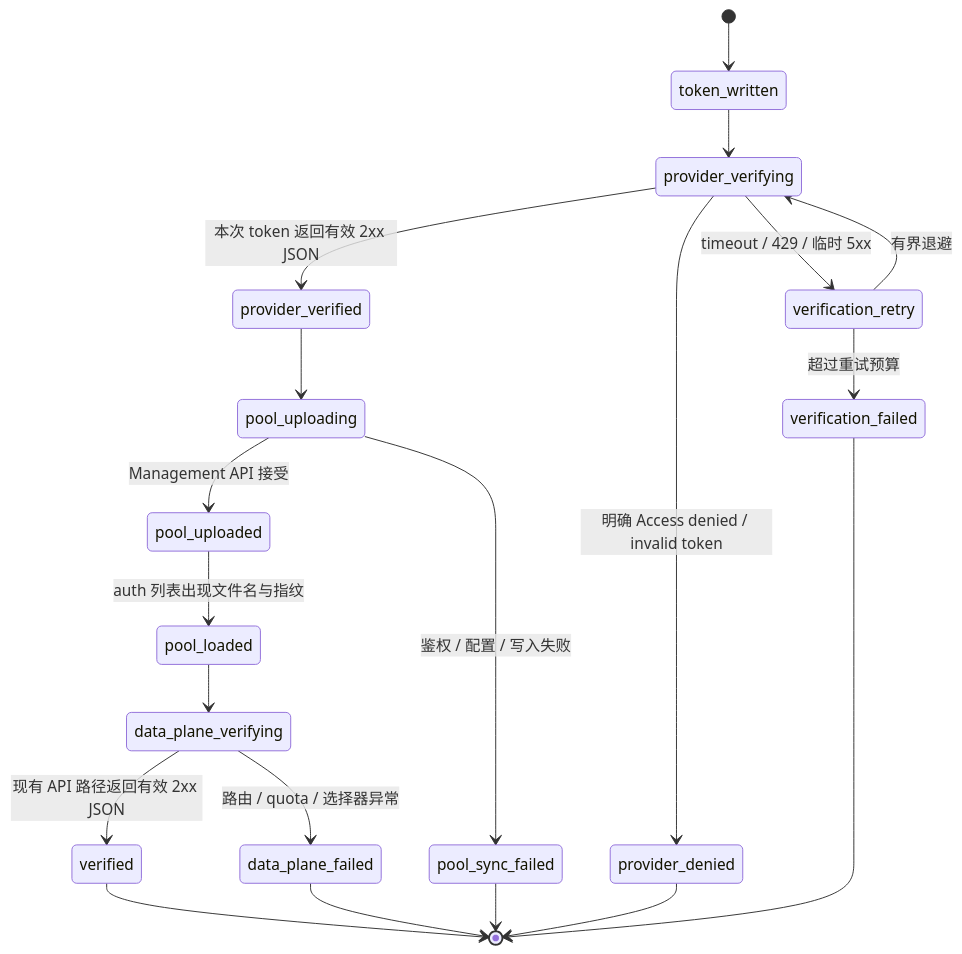
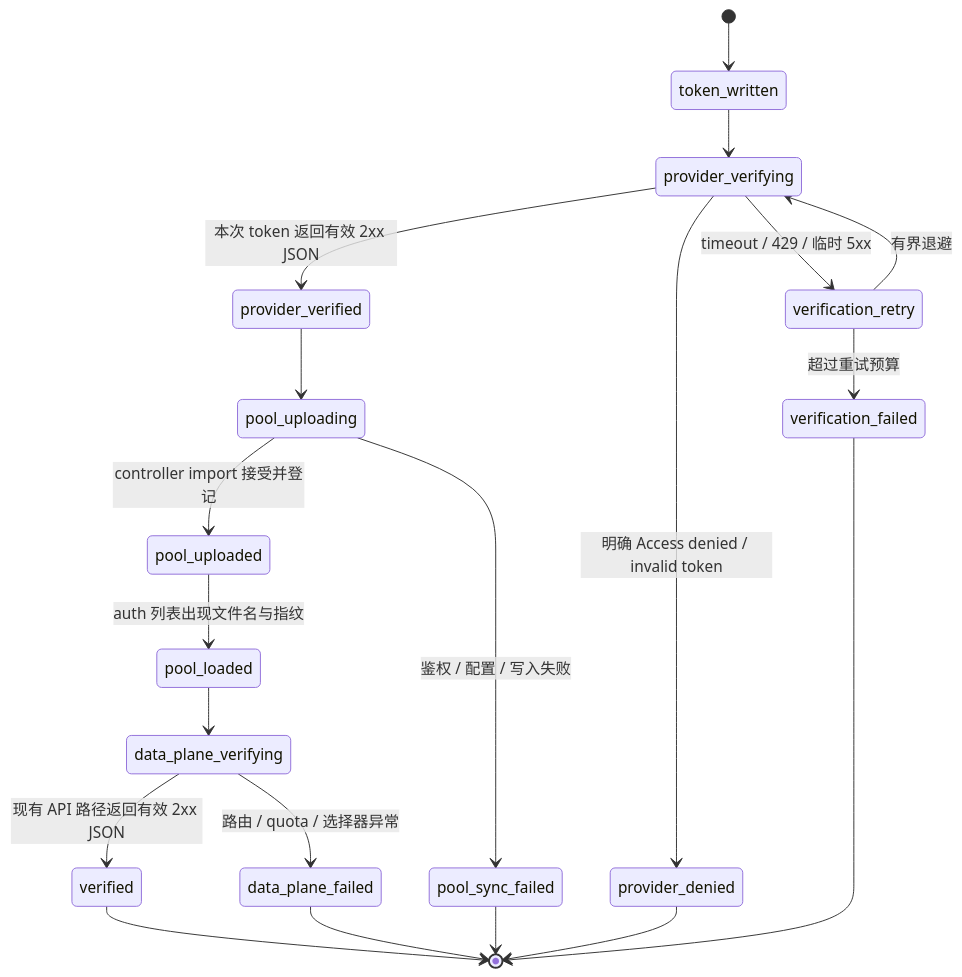
One commit to canxua/grok-register-panel changed the fifth of 5 diagrams in docs/CONVERGENCE_AND_GAPS.md. Above: the diagram before and after it, drawn with Mermaid. The commit also changed other lines of this file and 10 other files, not shown here.

Commit message:
docs(ops): record verified OVH registration architecture

````diff
--- a/docs/CONVERGENCE_AND_GAPS.md
+++ b/docs/CONVERGENCE_AND_GAPS.md
@@ -400,22 +403,22 @@
 ```mermaid
 stateDiagram-v2
     [*] --> token_written
     token_written --> provider_verifying
     provider_verifying --> provider_verified: 本次 token 返回有效 2xx JSON
     provider_verifying --> provider_denied: 明确 Access denied / invalid token
     provider_verifying --> verification_retry: timeout / 429 / 临时 5xx
     verification_retry --> provider_verifying: 有界退避
     verification_retry --> verification_failed: 超过重试预算
     provider_verified --> pool_uploading
-    pool_uploading --> pool_uploaded: Management API 接受
+    pool_uploading --> pool_uploaded: controller import 接受并登记
     pool_uploading --> pool_sync_failed: 鉴权 / 配置 / 写入失败
     pool_uploaded --> pool_loaded: auth 列表出现文件名与指纹
     pool_loaded --> data_plane_verifying
     data_plane_verifying --> verified: 现有 API 路径返回有效 2xx JSON
     data_plane_verifying --> data_plane_failed: 路由 / quota / 选择器异常
     verified --> [*]
     provider_denied --> [*]
     verification_failed --> [*]
     pool_sync_failed --> [*]
     data_plane_failed --> [*]
 ```
````
